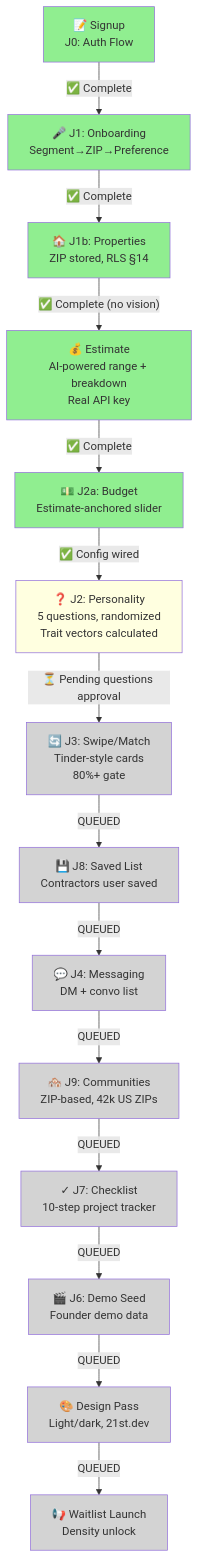
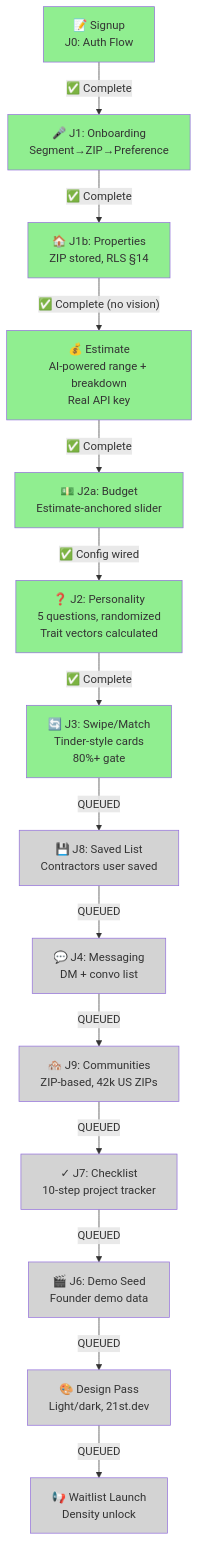
Before and after one commit to sameerskyai/groundwork-platform: the second of 3 diagrams in PROGRESS_MAP.md, drawn with Mermaid. The commit also changed other lines of this file and 1 other file, not shown here.

First line of the commit message:
docs: Update TIMELINE and PROGRESS_MAP for J3 completion

````diff
--- a/PROGRESS_MAP.md
+++ b/PROGRESS_MAP.md
@@ -32,31 +32,31 @@
 ```mermaid
 graph TD
     A["📝 Signup<br/>J0: Auth Flow"] -->|"✅ Complete"| B["🎤 J1: Onboarding<br/>Segment→ZIP→Preference"]
     B -->|"✅ Complete"| C["🏠 J1b: Properties<br/>ZIP stored, RLS §14"]
     C -->|"✅ Complete (no vision)"| D["💰 Estimate<br/>AI-powered range + breakdown<br/>Real API key"]
     D -->|"✅ Complete"| E["💵 J2a: Budget<br/>Estimate-anchored slider"]
     E -->|"✅ Config wired"| F["❓ J2: Personality<br/>5 questions, randomized<br/>Trait vectors calculated"]
-    F -->|"⏳ Pending questions approval"| G["🔄 J3: Swipe/Match<br/>Tinder-style cards<br/>80%+ gate"]
+    F -->|"✅ Complete"| G["🔄 J3: Swipe/Match<br/>Tinder-style cards<br/>80%+ gate"]
     G -->|"QUEUED"| H["💾 J8: Saved List<br/>Contractors user saved"]
     H -->|"QUEUED"| I["💬 J4: Messaging<br/>DM + convo list"]
     I -->|"QUEUED"| J["🏘️ J9: Communities<br/>ZIP-based, 42k US ZIPs"]
     J -->|"QUEUED"| K["✓ J7: Checklist<br/>10-step project tracker"]
     K -->|"QUEUED"| L["🎬 J6: Demo Seed<br/>Founder demo data"]
     L -->|"QUEUED"| M["🎨 Design Pass<br/>Light/dark, 21st.dev"]
     M -->|"QUEUED"| N["📢 Waitlist Launch<br/>Density unlock"]
 
     style A fill:#90EE90
     style B fill:#90EE90
     style C fill:#90EE90
     style D fill:#90EE90
     style E fill:#90EE90
-    style F fill:#FFFFE0
-    style G fill:#D3D3D3
+    style F fill:#90EE90
+    style G fill:#90EE90
     style H fill:#D3D3D3
     style I fill:#D3D3D3
     style J fill:#D3D3D3
     style K fill:#D3D3D3
     style L fill:#D3D3D3
     style M fill:#D3D3D3
     style N fill:#D3D3D3
 ```
````
